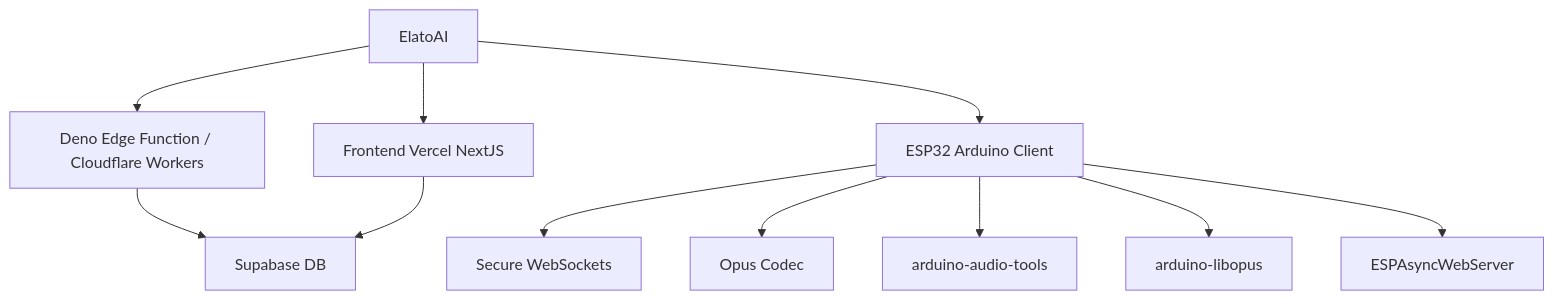
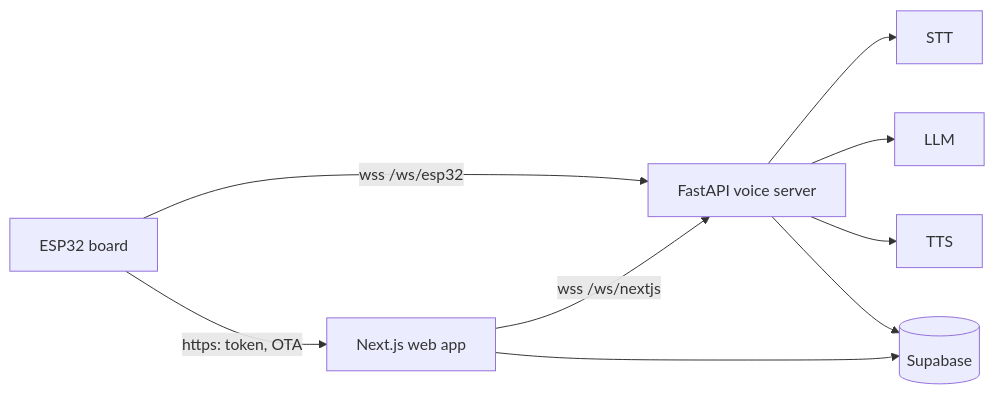
Before and after one commit to jackylee-cpu/ElatoAI: the diagram in README.md, drawn with Mermaid. The commit also changed other lines of this file and 51 other files, not shown here.

First line of the commit message:
Drop the Deno and Cloudflare backends and every upstream default host.

````diff
--- a/README.md
+++ b/README.md
@@ -156,15 +22,9 @@
 ```mermaid
-graph TD
-  repo[ElatoAI]
-  repo --> frontend[Frontend Vercel NextJS]
-  repo --> server[Deno Edge Function / Cloudflare Workers]
-  repo --> esp32[ESP32 Arduino Client]
-  server --> supabase[Supabase DB]
-
-  frontend --> supabase
-  esp32 --> websockets[Secure WebSockets]
-  esp32 --> opus[Opus Codec]
-  esp32 --> audio_tools[arduino-audio-tools]
-  esp32 --> libopus[arduino-libopus]
-  esp32 --> ESPAsyncWebServer[ESPAsyncWebServer]
+flowchart LR
+  board[ESP32 board] -- wss /ws/esp32 --> fastapi[FastAPI voice server]
+  web[Next.js web app] -- wss /ws/nextjs --> fastapi
+  board -- https: token, OTA --> web
+  fastapi --> stt[STT] & llm[LLM] & tts[TTS]
+  fastapi --> db[(Supabase)]
+  web --> db
 ```
````
